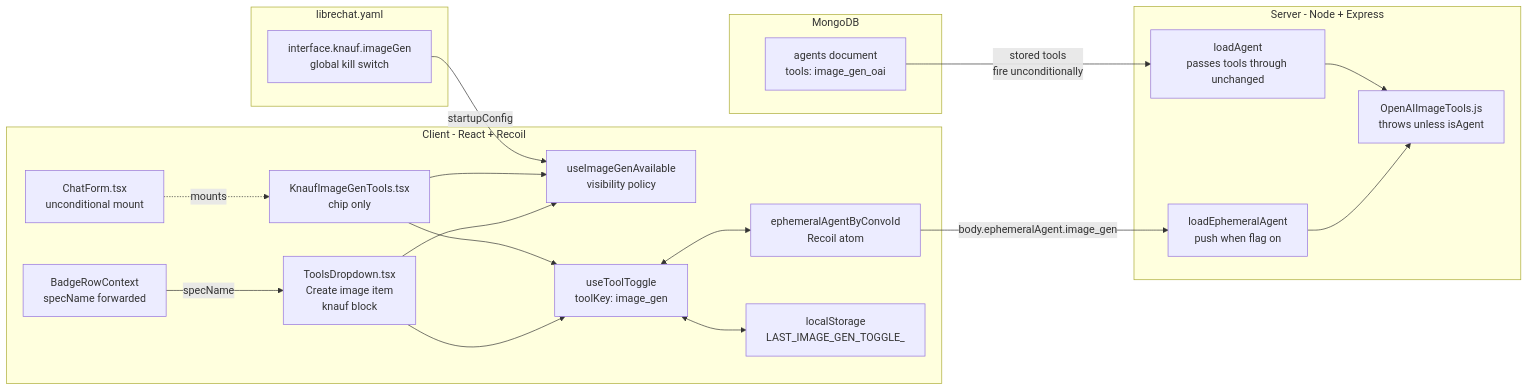
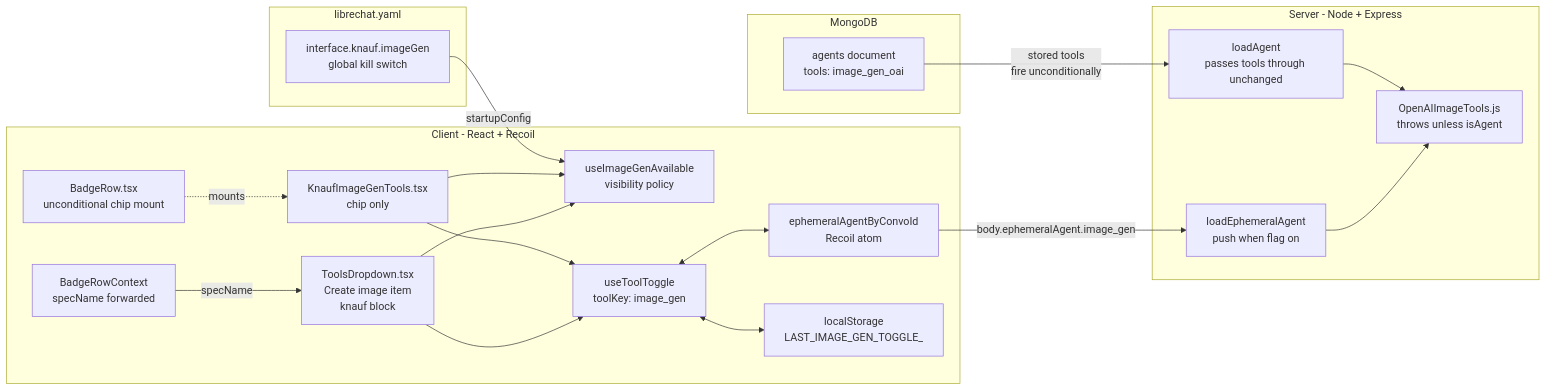
One commit to Falenos/LibreChat changed the third of 3 diagrams in knauf/docs/reference/image-gen-toggle.md. Above: the diagram before and after it, drawn with Mermaid. The commit also changed other lines of this file and 1 other file, not shown here.

````diff
--- a/knauf/docs/reference/image-gen-toggle.md
+++ b/knauf/docs/reference/image-gen-toggle.md
@@ -143,37 +143,37 @@
 ```mermaid
 flowchart LR
   subgraph YAML[librechat.yaml]
     Y1[interface.knauf.imageGen<br/>global kill switch]
   end
   subgraph DB[MongoDB]
     A1[agents document<br/>tools: image_gen_oai]
   end
   subgraph Client[Client - React + Recoil]
-    C1[ChatForm.tsx<br/>unconditional mount]
+    C1[BadgeRow.tsx<br/>unconditional chip mount]
     C2[KnaufImageGenTools.tsx<br/>chip only]
     TD[ToolsDropdown.tsx<br/>Create image item<br/>knauf block]
     BR[BadgeRowContext<br/>specName forwarded]
     H1[useImageGenAvailable<br/>visibility policy]
     C3[useToolToggle<br/>toolKey: image_gen]
     C4[ephemeralAgentByConvoId<br/>Recoil atom]
     C5[localStorage<br/>LAST_IMAGE_GEN_TOGGLE_]
   end
   subgraph Server[Server - Node + Express]
     S1[loadAgent<br/>passes tools through unchanged]
     S2[loadEphemeralAgent<br/>push when flag on]
     S3[OpenAIImageTools.js<br/>throws unless isAgent]
   end
   Y1 -->|startupConfig| H1
   A1 -->|stored tools<br/>fire unconditionally| S1
   C1 -.mounts.-> C2
   C2 --> H1
   C2 --> C3
   BR -->|specName| TD
   TD --> H1
   TD --> C3
   C3 <--> C4
   C3 <--> C5
   C4 -->|body.ephemeralAgent.image_gen| S2
   S1 --> S3
   S2 --> S3
 ```
````
